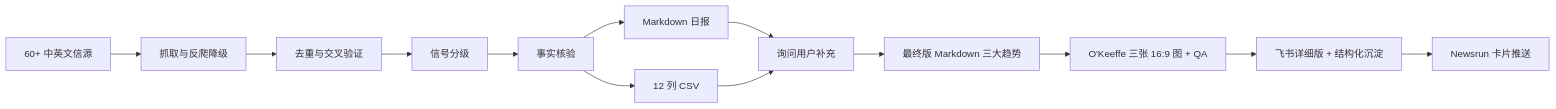
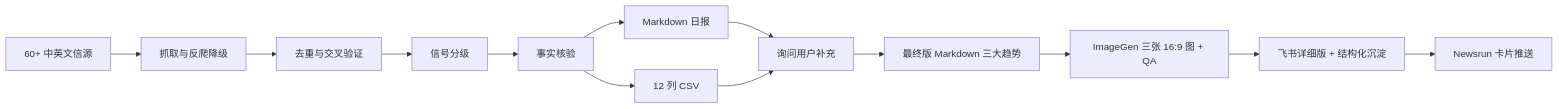
Before and after one commit to chengjialu8888/AI_News_Digest: the diagram in README.md, drawn with Mermaid. The commit also changed other lines of this file and 8 other files, not shown here.

````diff
--- a/README.md
+++ b/README.md
@@ -83,15 +83,15 @@
 ```mermaid
 flowchart LR
     A["60+ 中英文信源"] --> B["抓取与反爬降级"]
     B --> C["去重与交叉验证"]
     C --> D["信号分级"]
     D --> E["事实核验"]
     E --> F["Markdown 日报"]
     E --> G["12 列 CSV"]
     F --> H["询问用户补充"]
     G --> H
     H --> I["最终版 Markdown 三大趋势"]
-    I --> J["O'Keeffe 三张 16:9 图 + QA"]
+    I --> J["ImageGen 三张 16:9 图 + QA"]
     J --> K["飞书详细版 + 结构化沉淀"]
     K --> L["Newsrun 卡片推送"]
 ```
````
